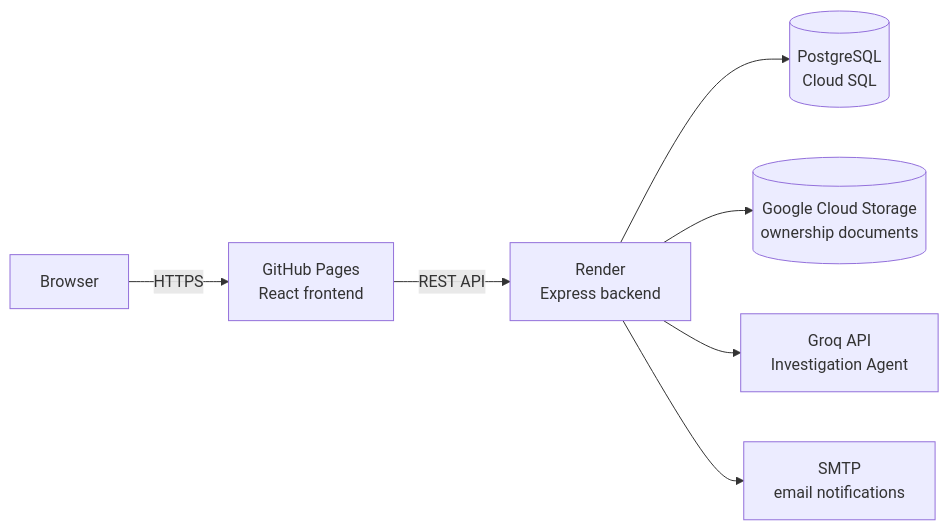
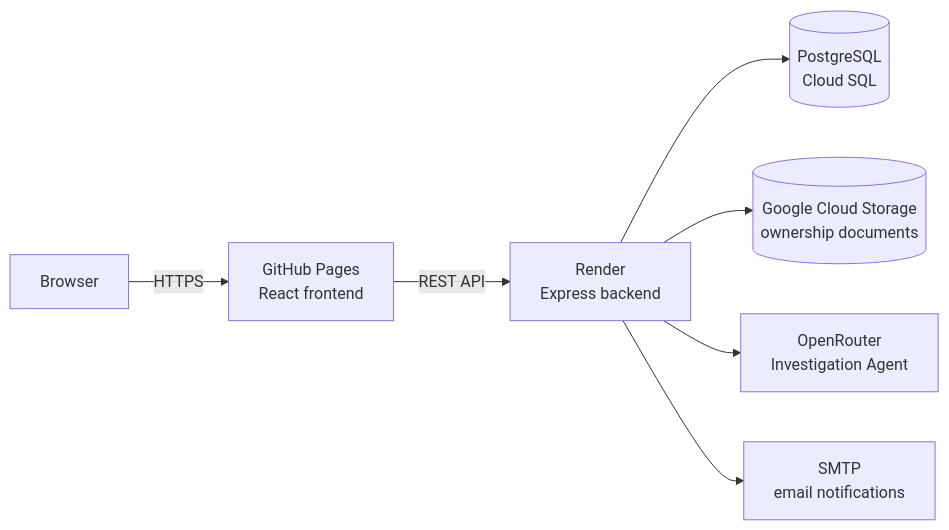
One commit to philmak999/AgriSafe-Intelligence changed the diagram in README.md. Above: the diagram before and after it, drawn with Mermaid. The commit also changed other lines of this file and 7 other files, not shown here.

First line of the commit message:
Swap Groq for OpenRouter to fix broken model access

````diff
--- a/README.md
+++ b/README.md
@@ -27,9 +27,9 @@
 ```mermaid
 flowchart LR
     Browser -->|HTTPS| Pages["GitHub Pages<br/>React frontend"]
     Pages -->|REST API| API["Render<br/>Express backend"]
     API --> PG[("PostgreSQL<br/>Cloud SQL")]
     API --> GCS[("Google Cloud Storage<br/>ownership documents")]
-    API --> Groq["Groq API<br/>Investigation Agent"]
+    API --> OR["OpenRouter<br/>Investigation Agent"]
     API --> SMTP["SMTP<br/>email notifications"]
 ```
````
